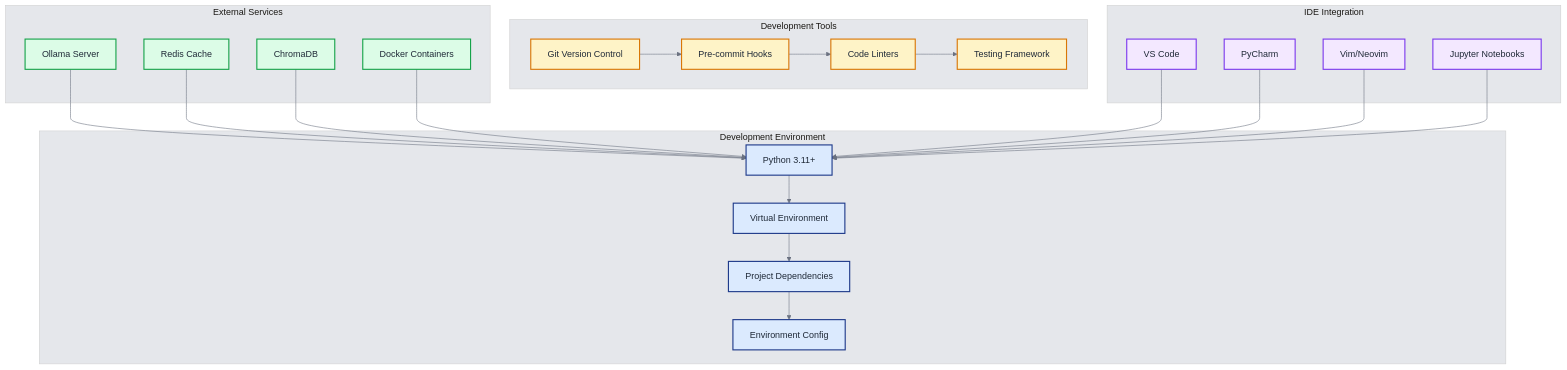
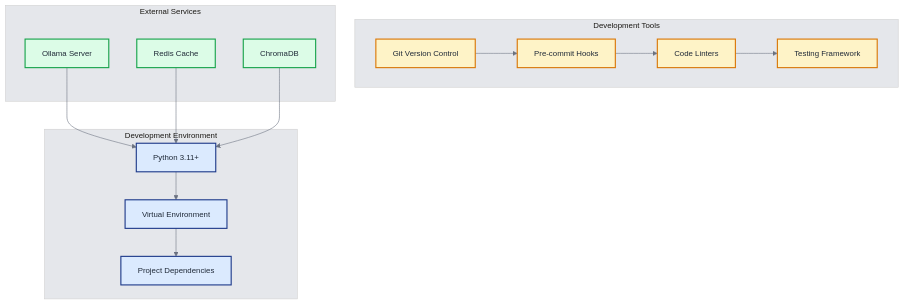
Before and after one commit to khaosans/basic-chat: the first of 7 diagrams in docs/DEVELOPMENT.md, drawn with Mermaid. The commit also changed other lines of this file and 3 other files, not shown here.

Commit message:
docs: Revise technical overview and update architecture diagrams - Simplify terminology and improve clarity in diagrams - Adjust font sizes and class definitions for better readability

````diff
--- a/docs/DEVELOPMENT.md
+++ b/docs/DEVELOPMENT.md
@@ -75,59 +75,41 @@
 ```mermaid
-%%{init: {'theme': 'base', 'themeVariables': { 'fontSize': '16px', 'fontFamily': 'Arial, sans-serif', 'primaryColor': '#1e3a8a', 'primaryTextColor': '#1f2937', 'primaryBorderColor': '#374151', 'lineColor': '#6b7280', 'secondaryColor': '#f3f4f6', 'tertiaryColor': '#e5e7eb', 'edgeLabelBackground': '#f9fafb'}}}%%
+%%{init: {'theme': 'base', 'themeVariables': { 'fontSize': '14px', 'fontFamily': 'Arial, sans-serif', 'primaryColor': '#1e3a8a', 'primaryTextColor': '#1f2937', 'primaryBorderColor': '#374151', 'lineColor': '#6b7280', 'secondaryColor': '#f3f4f6', 'tertiaryColor': '#e5e7eb'}}}%%
 graph TB
     subgraph "Development Environment"
         PYTHON[Python 3.11+]
         VENV[Virtual Environment]
         DEPENDENCIES[Project Dependencies]
-        CONFIG[Environment Config]
     end
     
     subgraph "Development Tools"
         GIT[Git Version Control]
         PRE_COMMIT[Pre-commit Hooks]
         LINTERS[Code Linters]
         TESTING[Testing Framework]
     end
     
     subgraph "External Services"
         OLLAMA[Ollama Server]
         REDIS[Redis Cache]
         CHROMADB[ChromaDB]
-        DOCKER[Docker Containers]
-    end
-    
-    subgraph "IDE Integration"
-        VS_CODE[VS Code]
-        PYCHARM[PyCharm]
-        VIM[Vim/Neovim]
-        JUPYTER[Jupyter Notebooks]
     end
     
     PYTHON --> VENV
     VENV --> DEPENDENCIES
-    DEPENDENCIES --> CONFIG
     
     GIT --> PRE_COMMIT
     PRE_COMMIT --> LINTERS
     LINTERS --> TESTING
     
     OLLAMA --> PYTHON
     REDIS --> PYTHON
     CHROMADB --> PYTHON
-    DOCKER --> PYTHON
-    
-    VS_CODE --> PYTHON
-    PYCHARM --> PYTHON
-    VIM --> PYTHON
-    JUPYTER --> PYTHON
     
     classDef environment fill:#dbeafe,stroke:#1e3a8a,stroke-width:2px,color:#1f2937
     classDef tools fill:#fef3c7,stroke:#d97706,stroke-width:2px,color:#1f2937
     classDef services fill:#dcfce7,stroke:#16a34a,stroke-width:2px,color:#1f2937
-    classDef ide fill:#f3e8ff,stroke:#7c3aed,stroke-width:2px,color:#1f2937
     
-    class PYTHON,VENV,DEPENDENCIES,CONFIG environment
+    class PYTHON,VENV,DEPENDENCIES environment
     class GIT,PRE_COMMIT,LINTERS,TESTING tools
-    class OLLAMA,REDIS,CHROMADB,DOCKER services
-    class VS_CODE,PYCHARM,VIM,JUPYTER ide
+    class OLLAMA,REDIS,CHROMADB services
 ```
````
